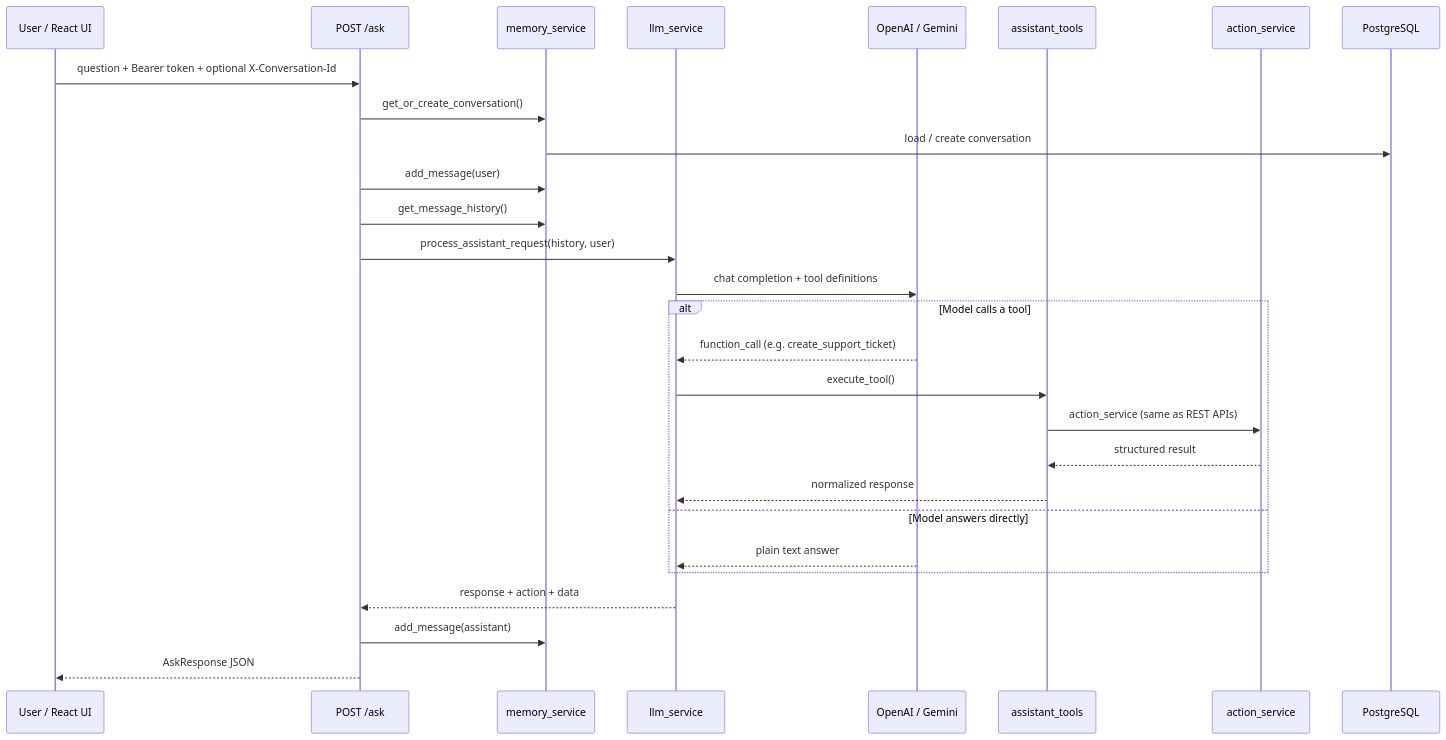
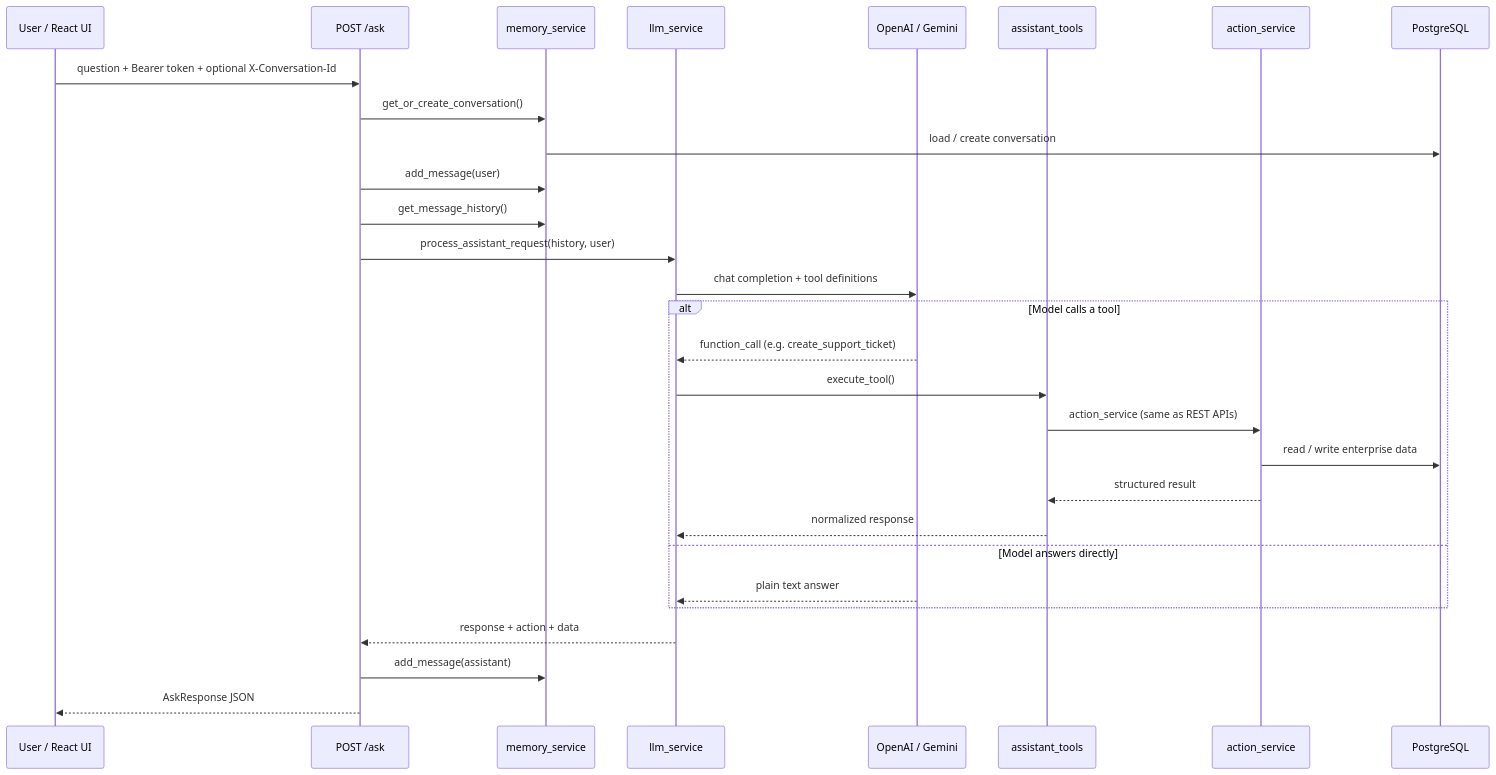
One commit to palash27114/Enterprise_AI_Assistant changed the third of 4 diagrams in README.md. Above: the diagram before and after it, drawn with Mermaid. The commit also changed other lines of this file, not shown here.

````diff
--- a/README.md
+++ b/README.md
@@ -92,31 +98,32 @@
 ```mermaid
 sequenceDiagram
     participant U as User / React UI
     participant A as POST /ask
     participant M as memory_service
     participant L as llm_service
     participant LLM as OpenAI / Gemini
     participant T as assistant_tools
     participant S as action_service
     participant DB as PostgreSQL
 
     U->>A: question + Bearer token + optional X-Conversation-Id
     A->>M: get_or_create_conversation()
     M->>DB: load / create conversation
     A->>M: add_message(user)
     A->>M: get_message_history()
     A->>L: process_assistant_request(history, user)
     L->>LLM: chat completion + tool definitions
     alt Model calls a tool
         LLM-->>L: function_call (e.g. create_support_ticket)
         L->>T: execute_tool()
         T->>S: action_service (same as REST APIs)
+        S->>DB: read / write enterprise data
         S-->>T: structured result
         T-->>L: normalized response
     else Model answers directly
         LLM-->>L: plain text answer
     end
     L-->>A: response + action + data
     A->>M: add_message(assistant)
     A-->>U: AskResponse JSON
 ```
````
